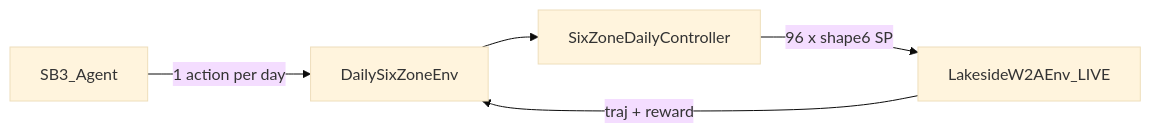
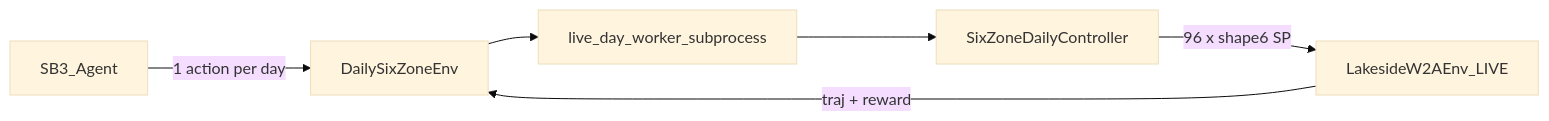
One commit to bbartling/py-bacnet-stacks-playground changed the diagram in vibe_code_apps_22/vibe22_agent_spec/RL_DAILY_SIX_ZONE_BUILD_PLAN.md. Above: the diagram before and after it, drawn with Mermaid (base theme). The commit also changed other lines of this file and 14 other files, not shown here.

````diff
--- a/vibe_code_apps_22/vibe22_agent_spec/RL_DAILY_SIX_ZONE_BUILD_PLAN.md
+++ b/vibe_code_apps_22/vibe22_agent_spec/RL_DAILY_SIX_ZONE_BUILD_PLAN.md
@@ -50,11 +54,13 @@
 ```mermaid
 flowchart LR
   agent[SB3_Agent]
   dayEnv[DailySixZoneEnv]
+  worker[live_day_worker_subprocess]
   ctrl[SixZoneDailyController]
   live[LakesideW2AEnv_LIVE]
   agent -->|"1 action per day"| dayEnv
-  dayEnv --> ctrl
+  dayEnv --> worker
+  worker --> ctrl
   ctrl -->|"96 x shape6 SP"| live
   live -->|"traj + reward"| dayEnv
 ```
````
